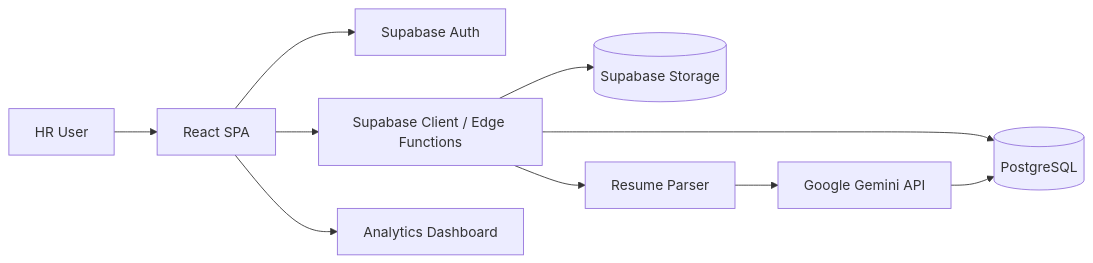
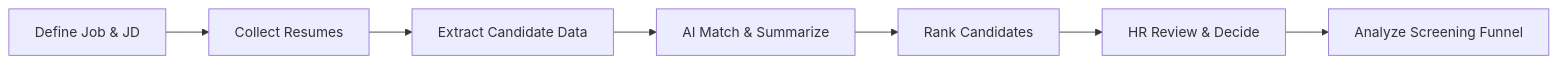
Before and after one commit to VishnuVardhan-CH-2022/resume-rank-ai-dev: the first of 12 diagrams in docs/01-requirements/01-Project-Architecture.md, drawn with Mermaid. The commit also changed other lines of this file and 1 other file, not shown here.

First line of the commit message:
Rewrite Project Architecture Document 01 (RR-ARCH-001 v2)

````diff
--- a/docs/01-requirements/01-Project-Architecture.md
+++ b/docs/01-requirements/01-Project-Architecture.md
@@ -135,12 +182,9 @@
 ```mermaid
 flowchart LR
-  HR[HR User] --> UI[React SPA]
-  UI --> AUTH[Supabase Auth]
-  UI --> API[Supabase Client / Edge Functions]
-  API --> DB[(PostgreSQL)]
-  API --> ST[(Supabase Storage)]
-  API --> PARSE[Resume Parser]
-  PARSE --> AI[Google Gemini API]
-  AI --> DB
-  UI --> DASH[Analytics Dashboard]
+  A[Define Job & JD] --> B[Collect Resumes]
+  B --> C[Extract Candidate Data]
+  C --> D[AI Match & Summarize]
+  D --> E[Rank Candidates]
+  E --> F[HR Review & Decide]
+  F --> G[Analyze Screening Funnel]
 ```
````
